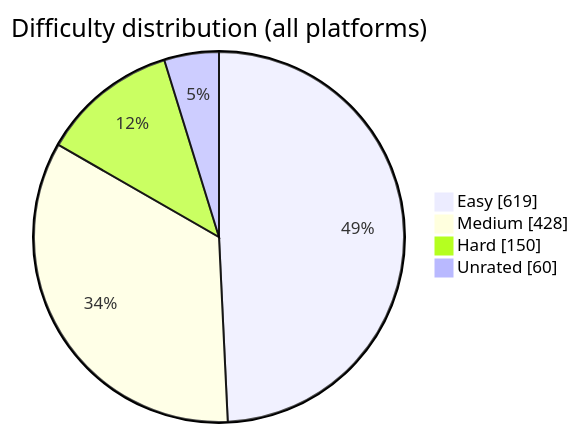
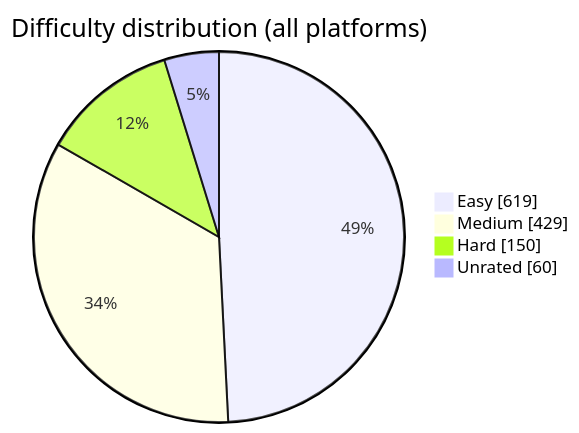
Before and after one commit to BuildbyArindam/Daily-Coding-Log: the diagram in README.md, drawn with Mermaid. The commit also changed other lines of this file, not shown here.

````diff
--- a/README.md
+++ b/README.md
@@ -93,7 +93,7 @@
 ```mermaid
 pie showData title Difficulty distribution (all platforms)
     "Easy" : 619
-    "Medium" : 428
+    "Medium" : 429
     "Hard" : 150
     "Unrated" : 60
 ```
````
